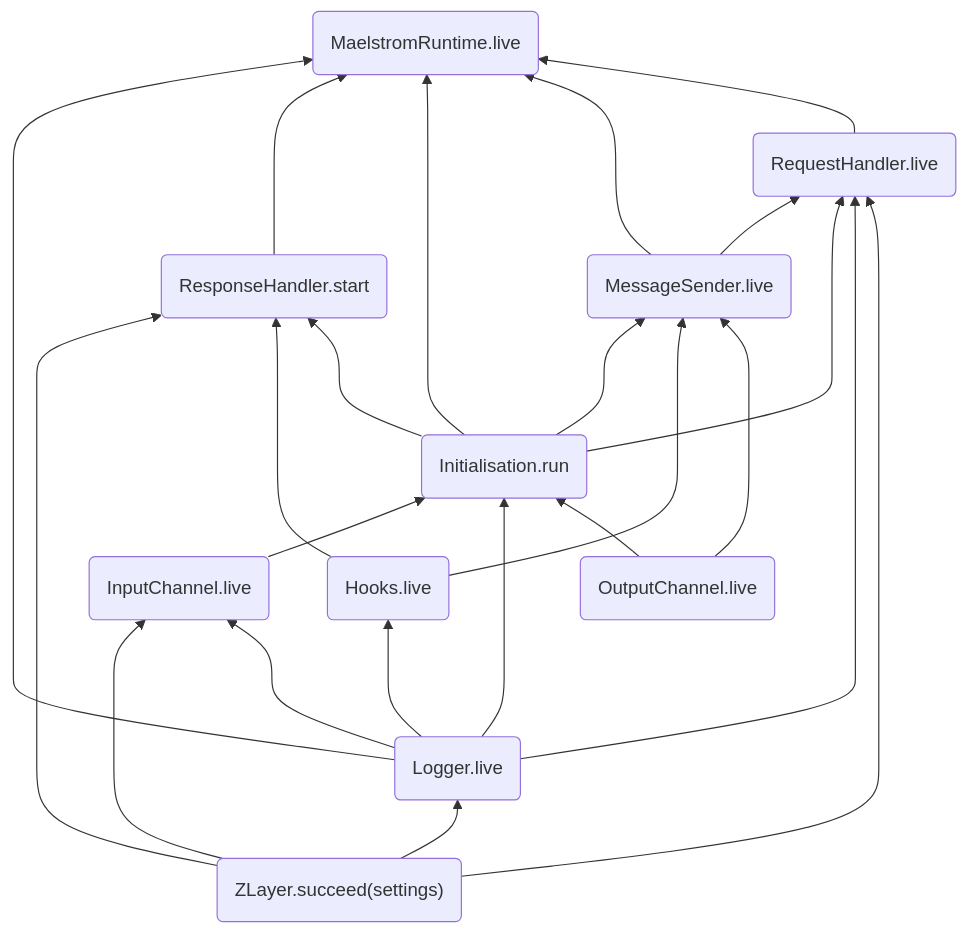
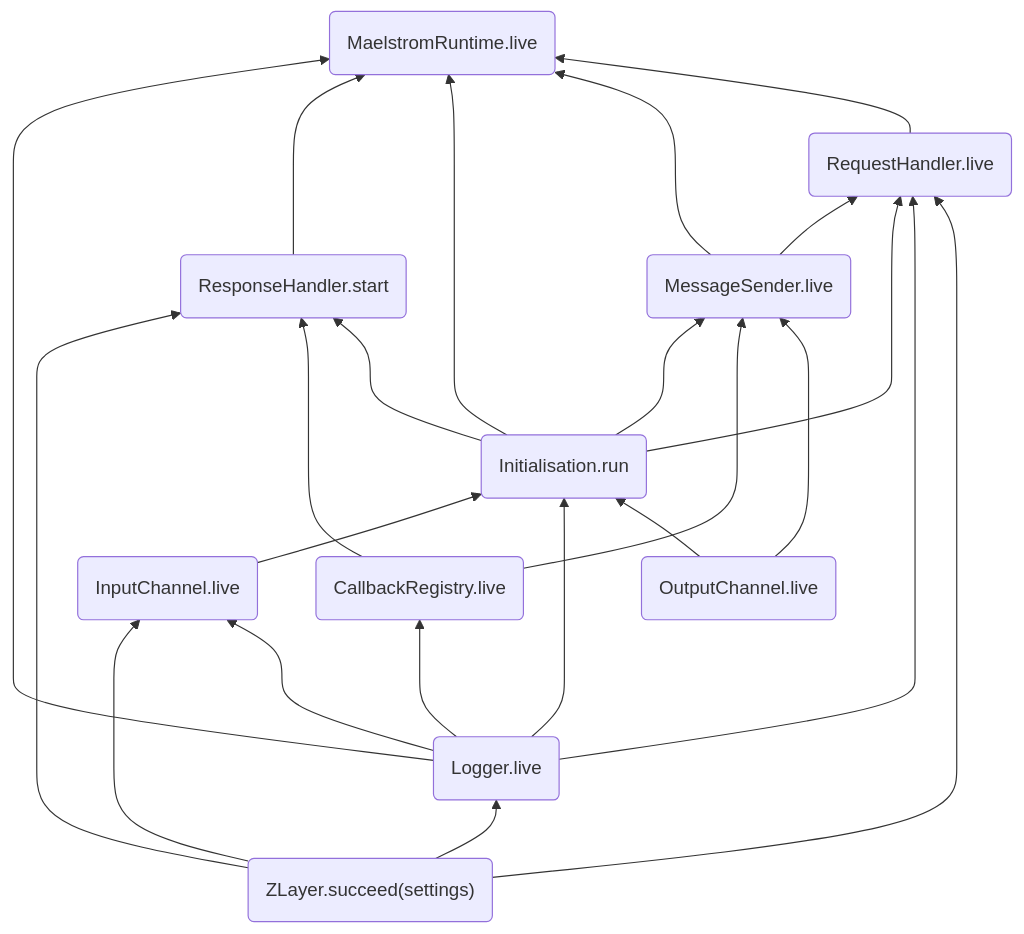
Before and after one commit to bilal-fazlani/zio-maelstrom: the diagram in docs/library-design/index.md, drawn with Mermaid. The commit also changed other lines of this file and 8 other files, not shown here.

Commit message:
rename hooks to callback registry

````diff
--- a/docs/library-design/index.md
+++ b/docs/library-design/index.md
@@ -52,36 +52,36 @@
 ```mermaid
 graph BT
 L0("ZLayer.succeed(settings)") --> L1("Logger.live")
 
-L1 --> L2("Hooks.live")
+L1 --> L2("CallbackRegistry.live")
 
 L3("OutputChannel.live")
 
 L6 --> L5("RequestHandler.live")
 L4 --> L5
 L1 --> L5
 L0 --> L5
 
 L4 ---> L6("MessageSender.live")
 L2 ----> L6
 L3 --> L6
 
 L8 --> L4
 L1 --> L4("Initialisation.run")
 L3 --> L4
 
 
 L0 --> L8("InputChannel.live")
 L1 ---> L8
 
 L0 --> L9("ResponseHandler.start")
 L2 --> L9
 L4 ---> L9
 
 
 L1 --> L10("MaelstromRuntime.live")
 L9 --> L10
 L4 --> L10
 L6 --> L10
 L5 --> L10
 ```
````
